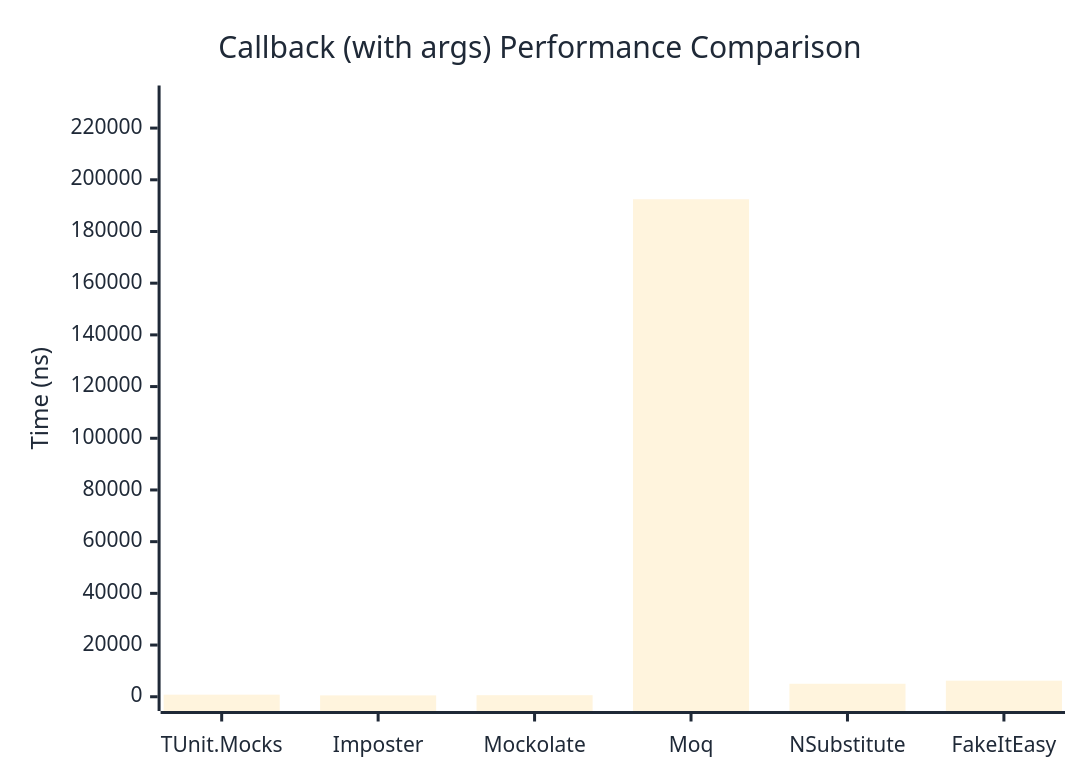
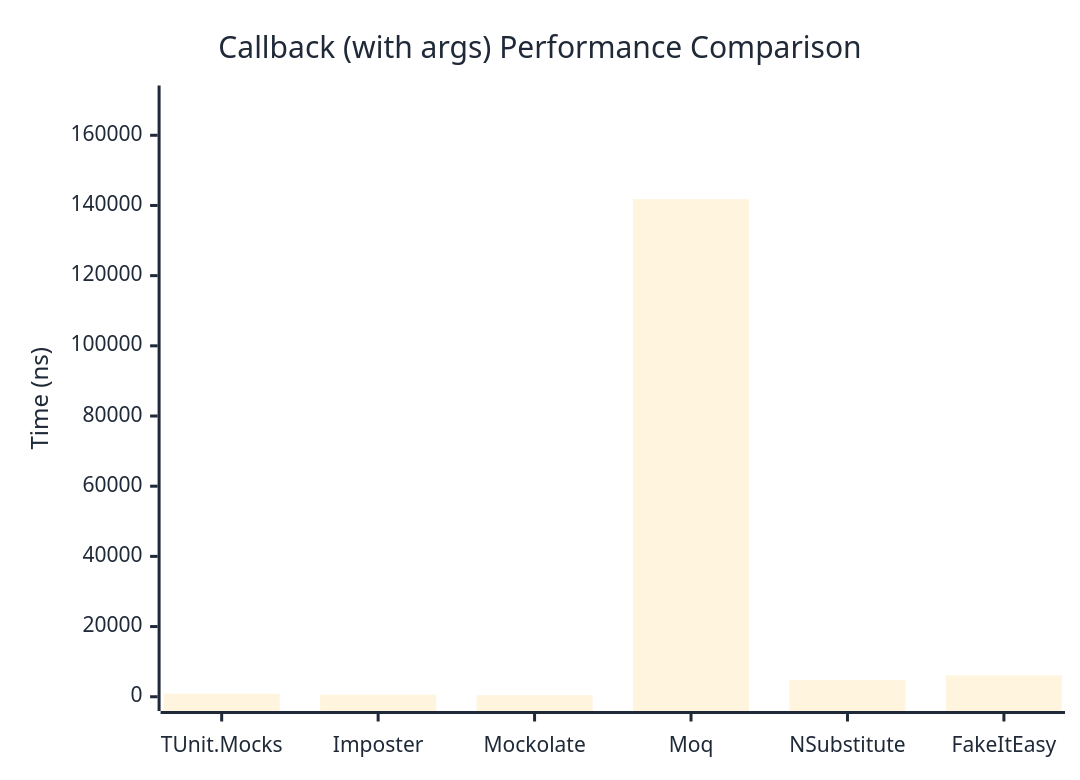
The second of 2 diagrams in docs/docs/benchmarks/mocks/Callback.md (thomhurst/TUnit), drawn with Mermaid before and after one commit. The commit also changed other lines of this file and 14 other files, not shown here.

````diff
--- a/docs/docs/benchmarks/mocks/Callback.md
+++ b/docs/docs/benchmarks/mocks/Callback.md
@@ -71,27 +71,27 @@
 ```mermaid
 %%{init: {
   'theme':'base',
   'themeVariables': {
     'primaryColor': '#2563eb',
     'primaryTextColor': '#1f2937',
     'primaryBorderColor': '#1e40af',
     'lineColor': '#6b7280',
     'secondaryColor': '#7c3aed',
     'tertiaryColor': '#dc2626',
     'background': '#ffffff',
     'pie1': '#2563eb',
     'pie2': '#7c3aed',
     'pie3': '#dc2626',
     'pie4': '#f59e0b',
     'pie5': '#10b981',
     'pie6': '#06b6d4',
     'pie7': '#ec4899',
     'pie8': '#6366f1'
   }
 }}%%
 xychart-beta
   title "Callback (with args) Performance Comparison"
   x-axis ["TUnit.Mocks", "Imposter", "Mockolate", "Moq", "NSubstitute", "FakeItEasy"]
-  y-axis "Time (ns)" 0 --> 230965
-  bar [804.9, 525.6, 608, 192470.8, 5023.9, 6219.9]
+  y-axis "Time (ns)" 0 --> 170123
+  bar [893.4, 586.8, 421.3, 141768.9, 4794.5, 6067.5]
 ```
````
